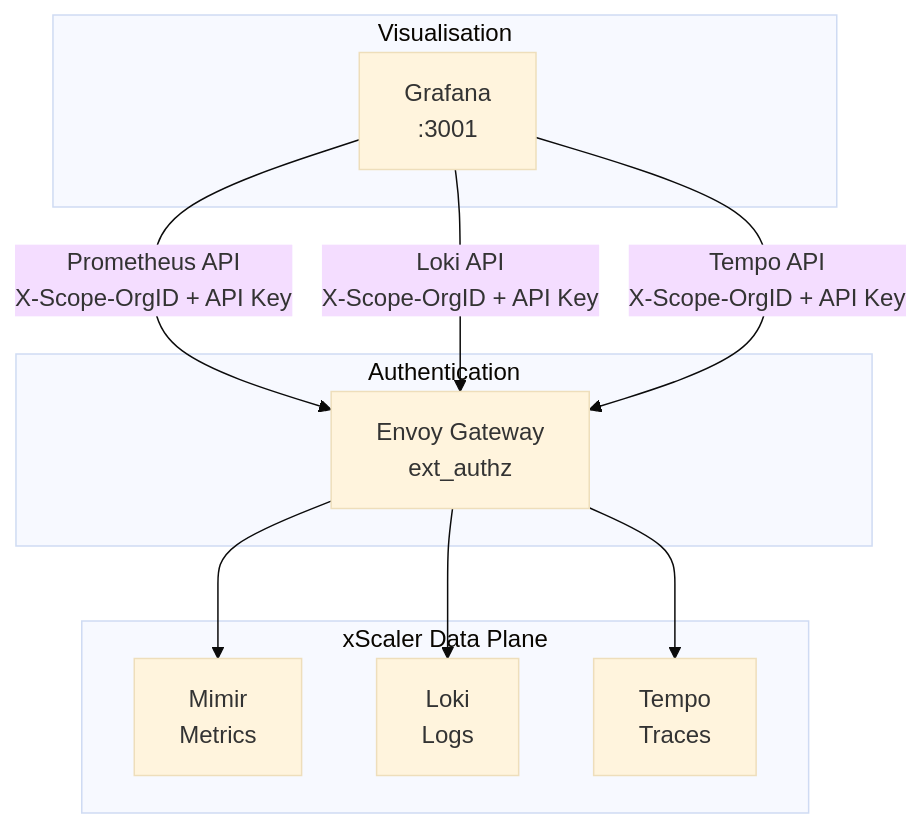
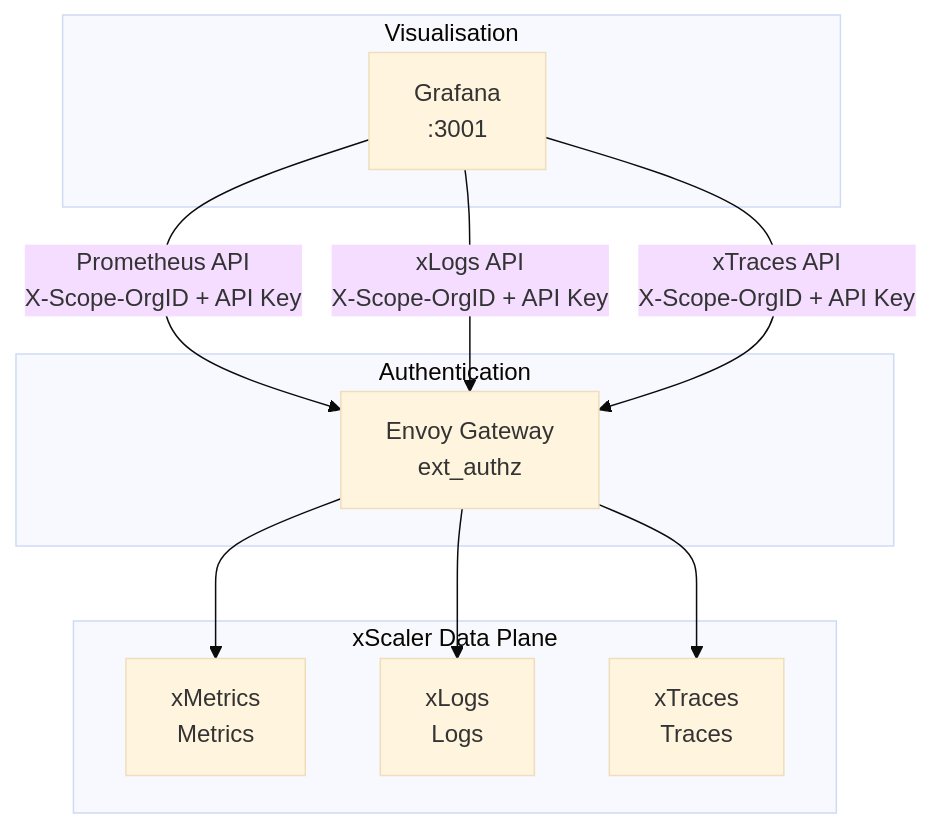
The first of 2 diagrams in docs/session-5/grafana-overview.md (xscaler/training), drawn with Mermaid (base theme) before and after one commit. The commit also changed other lines of this file and 29 other files, not shown here.

````diff
--- a/docs/session-5/grafana-overview.md
+++ b/docs/session-5/grafana-overview.md
@@ -16,19 +16,19 @@
 ```mermaid
 graph TB
     subgraph "Visualisation"
         GR[Grafana\n:3001]
     end
     subgraph "xScaler Data Plane"
-        MI[Mimir\nMetrics]
-        LO[Loki\nLogs]
-        TE[Tempo\nTraces]
+        MI[xMetrics\nMetrics]
+        LO[xLogs\nLogs]
+        TE[xTraces\nTraces]
     end
     subgraph "Authentication"
         ENV[Envoy Gateway\next_authz]
     end
 
     GR -->|Prometheus API\nX-Scope-OrgID + API Key| ENV
-    GR -->|Loki API\nX-Scope-OrgID + API Key| ENV
-    GR -->|Tempo API\nX-Scope-OrgID + API Key| ENV
+    GR -->|xLogs API\nX-Scope-OrgID + API Key| ENV
+    GR -->|xTraces API\nX-Scope-OrgID + API Key| ENV
     ENV --> MI & LO & TE
 ```
````
